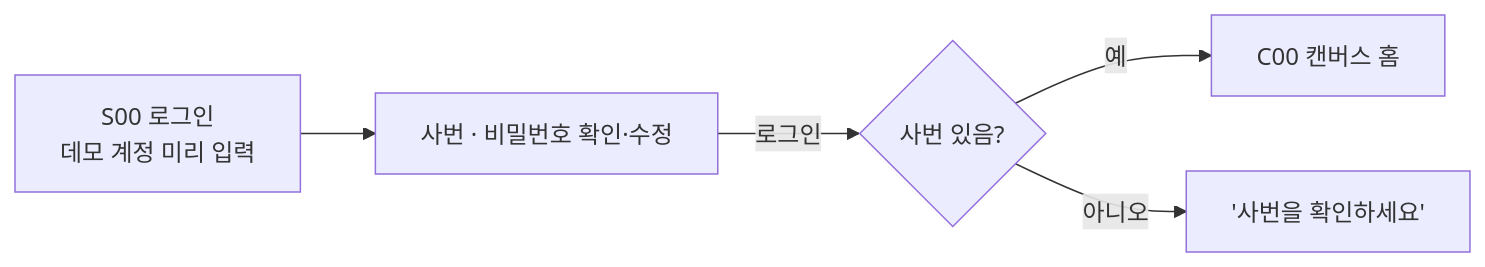
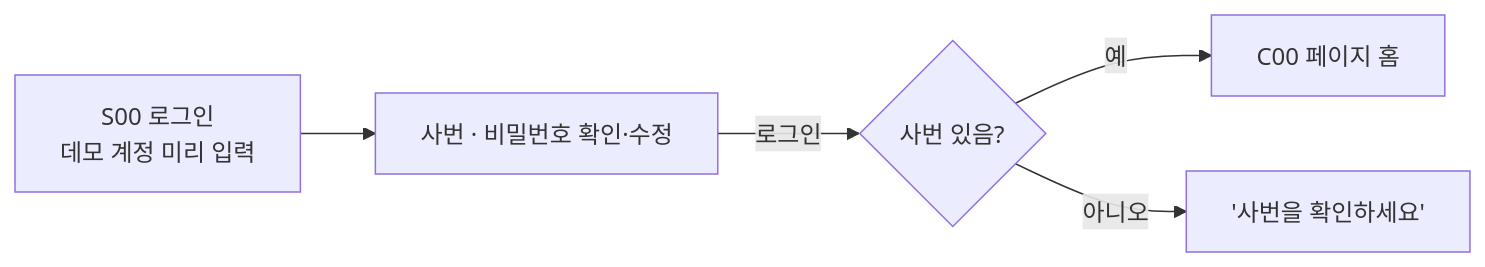
Before and after one commit to vamos-team/telescope: the second of 7 diagrams in docs/frontend/ia.md, drawn with Mermaid. The commit also changed other lines of this file and 8 other files, not shown here.

````diff
--- a/docs/frontend/ia.md
+++ b/docs/frontend/ia.md
@@ -133,7 +135,7 @@
 ```mermaid
 flowchart LR
   S00["S00 로그인<br/>데모 계정 미리 입력"] --> A["사번 · 비밀번호 확인·수정"]
   A -->|로그인| OK{"사번 있음?"}
-  OK -->|예| R1["C00 캔버스 홈"]
+  OK -->|예| R1["C00 페이지 홈"]
   OK -->|아니오| R2["'사번을 확인하세요'"]
 ```
````
